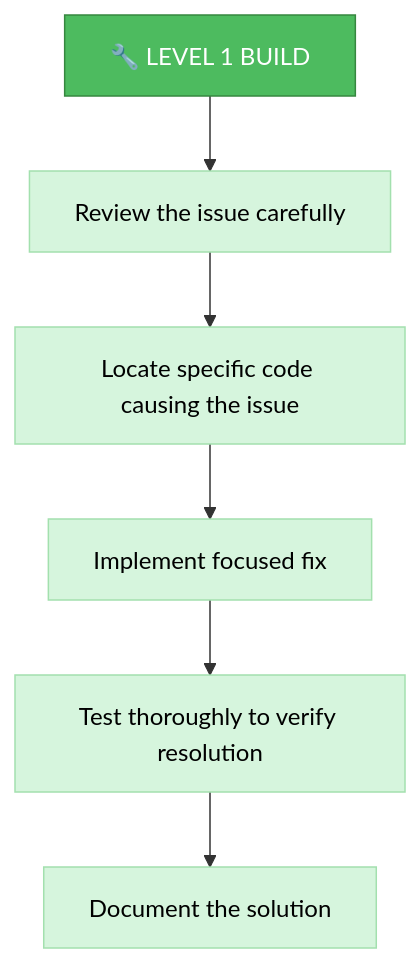
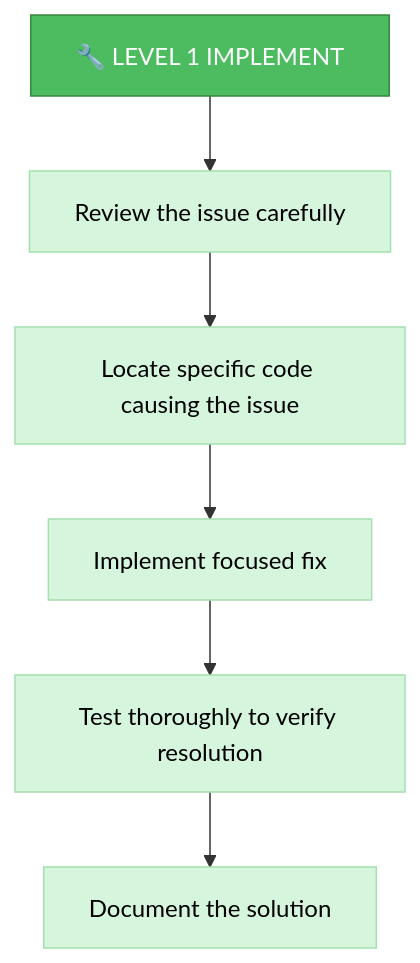
The second of 6 diagrams in custom_modes/implement_instructions.md (jedita/cursor-memory-bank), drawn with Mermaid before and after one commit. The commit also changed other lines of this file and 20 other files, not shown here.

````diff
--- a/custom_modes/implement_instructions.md
+++ b/custom_modes/implement_instructions.md
@@ -169,15 +169,15 @@
 ```mermaid
 graph TD
-    L1["🔧 LEVEL 1 BUILD"] --> Review["Review the issue carefully"]
+    L1["🔧 LEVEL 1 IMPLEMENT"] --> Review["Review the issue carefully"]
     Review --> Locate["Locate specific code causing the issue"]
     Locate --> Fix["Implement focused fix"]
     Fix --> Test["Test thoroughly to verify resolution"]
     Test --> Doc["Document the solution"]
     
     style L1 fill:#4dbb5f,stroke:#36873f,color:white
     style Review fill:#d6f5dd,stroke:#a3e0ae,color:black
     style Locate fill:#d6f5dd,stroke:#a3e0ae,color:black
     style Fix fill:#d6f5dd,stroke:#a3e0ae,color:black
     style Test fill:#d6f5dd,stroke:#a3e0ae,color:black
     style Doc fill:#d6f5dd,stroke:#a3e0ae,color:black
 ```
````
